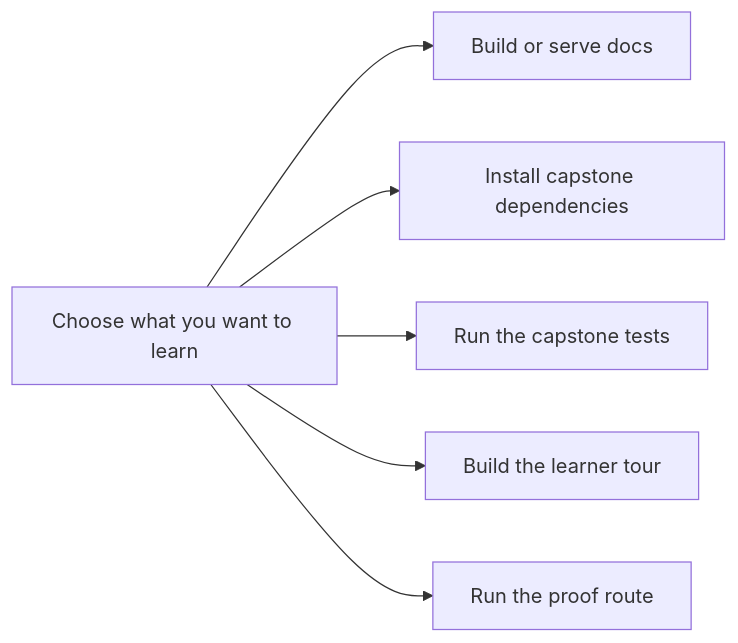
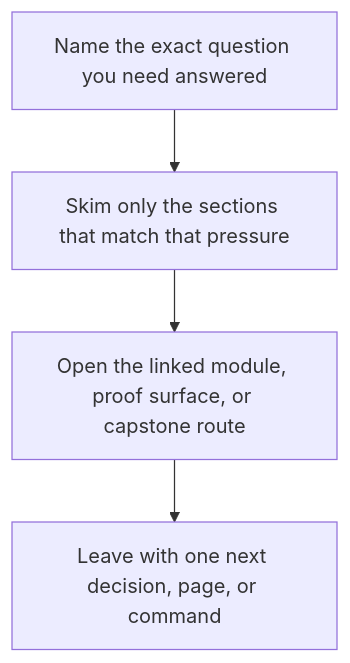
One commit to bijux/bijux-masterclass changed the second of 2 diagrams in programs/python-programming/python-functional-programming/course-book/guides/command-guide.md. Above: the diagram before and after it, drawn with Mermaid. The commit also changed other lines of this file and 23 other files, not shown here.

Commit message:
docs(python-functional-programming): sharpen guide and reference diagrams

````diff
--- a/programs/python-programming/python-functional-programming/course-book/guides/command-guide.md
+++ b/programs/python-programming/python-functional-programming/course-book/guides/command-guide.md
@@ -14,8 +15,6 @@
 ```mermaid
-flowchart LR
-  choose["Choose what you want to learn"] --> docs["Build or serve docs"]
-  choose --> install["Install capstone dependencies"]
-  choose --> tests["Run the capstone tests"]
-  choose --> tour["Build the learner tour"]
-  choose --> proof["Run the proof route"]
+flowchart TD
+  question["Name the exact question you need answered"] --> skim["Skim only the sections that match that pressure"]
+  skim --> crosscheck["Open the linked module, proof surface, or capstone route"]
+  crosscheck --> next_move["Leave with one next decision, page, or command"]
 ```
````
